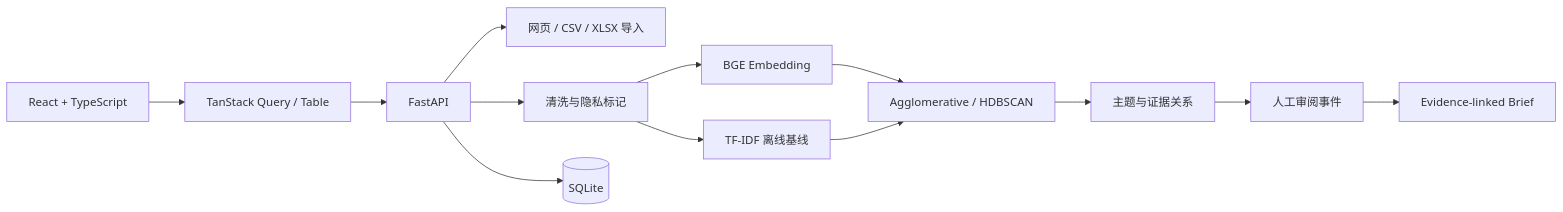
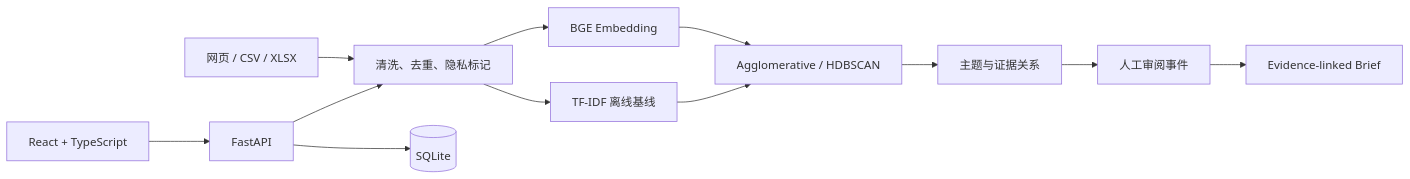
Before and after one commit to a2740637809-rgb/contentproof-ai: the diagram in README.md, drawn with Mermaid. The commit also changed other lines of this file and 6 other files, not shown here.

````diff
--- a/README.md
+++ b/README.md
@@ -133,15 +88,14 @@
 ```mermaid
 flowchart LR
-    A["React + TypeScript"] --> B["TanStack Query / Table"]
-    B --> C["FastAPI"]
-    C --> D["网页 / CSV / XLSX 导入"]
-    C --> E["清洗与隐私标记"]
-    E --> F["BGE Embedding"]
-    E --> G["TF-IDF 离线基线"]
-    F --> H["Agglomerative / HDBSCAN"]
-    G --> H
-    H --> I["主题与证据关系"]
-    I --> J["人工审阅事件"]
-    J --> K["Evidence-linked Brief"]
-    C --> L[("SQLite")]
+    A["网页 / CSV / XLSX"] --> B["清洗、去重、隐私标记"]
+    B --> C["BGE Embedding"]
+    B --> D["TF-IDF 离线基线"]
+    C --> E["Agglomerative / HDBSCAN"]
+    D --> E
+    E --> F["主题与证据关系"]
+    F --> G["人工审阅事件"]
+    G --> H["Evidence-linked Brief"]
+    I["React + TypeScript"] --> J["FastAPI"]
+    J --> B
+    J --> K[("SQLite")]
 ```
````
